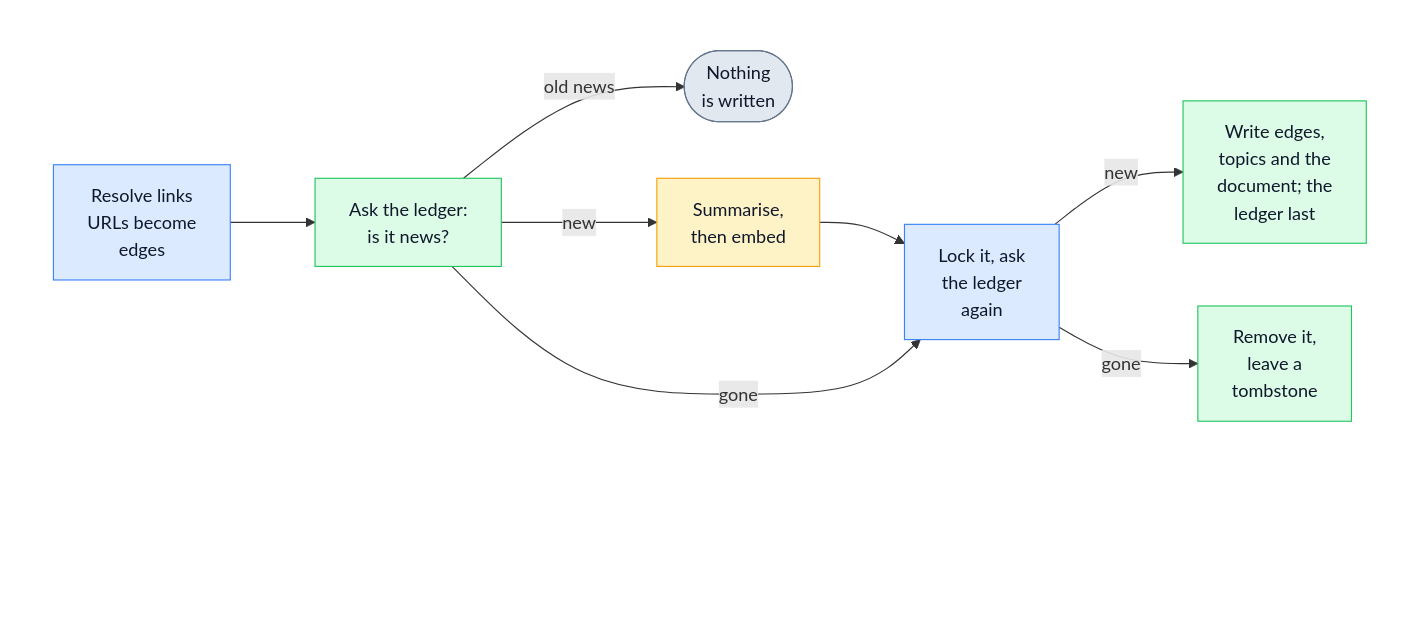
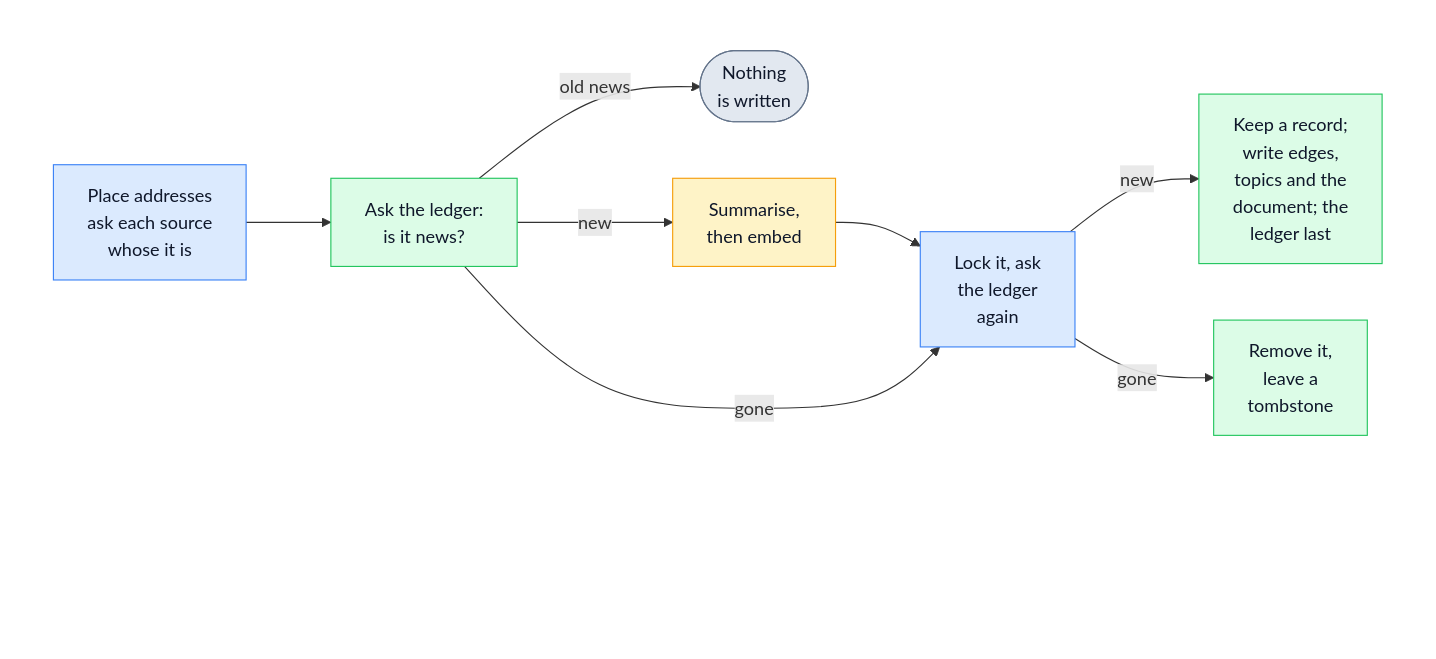
The fourth of 8 diagrams in README.md (umran/grafsol), drawn with Mermaid before and after one commit. The commit also changed other lines of this file and 65 other files, not shown here.

````diff
--- a/README.md
+++ b/README.md
@@ -209,30 +220,30 @@
 ```mermaid
 flowchart TB
     subgraph all[" "]
         direction LR
-        links["Resolve links<br/>URLs become<br/>edges"]:::code
+        links["Place addresses<br/>ask each source<br/>whose it is"]:::code
         news["Ask the ledger:<br/>is it news?"]:::data
         old(["Nothing<br/>is written"]):::outside
         enrich["Summarise,<br/>then embed"]:::local
         lock["Lock it, ask<br/>the ledger<br/>again"]:::code
-        write["Write edges,<br/>topics and the<br/>document; the<br/>ledger last"]:::data
+        write["Keep a record;<br/>write edges,<br/>topics and the<br/>document; the<br/>ledger last"]:::data
         remove["Remove it,<br/>leave a<br/>tombstone"]:::data
 
         links --> news
         news -- "old news" --> old
         news -- "new" --> enrich --> lock
         news -- "gone" --> lock
         lock -- "new" --> write
         lock -- "gone" --> remove
     end
 
     %% An empty row at the bottom: GitHub lays its zoom buttons over that corner.
     all ~~~ corner["&nbsp;<br/>&nbsp;<br/>&nbsp;"]
 
     classDef outside fill:#e2e8f0,stroke:#64748b,color:#0f172a
     classDef code fill:#dbeafe,stroke:#3b82f6,color:#0f172a
     classDef data fill:#dcfce7,stroke:#22c55e,color:#0f172a
     classDef local fill:#fef3c7,stroke:#f59e0b,color:#0f172a
     style all fill:none,stroke:none
     style corner fill:none,stroke:none
 ```
````
